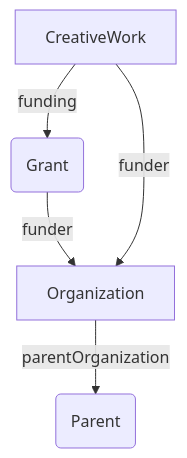
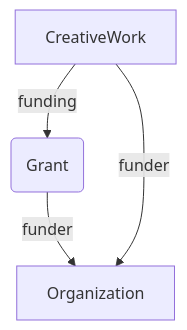
The diagram in README.md (rdmpage/csl-to-rdf), drawn with Mermaid before and after one commit.

Commit message:
Tweak diagram

````diff
--- a/README.md
+++ b/README.md
@@ -46,7 +46,6 @@
 ```mermaid
 graph TD
 CreativeWork -- funding --> wg(Grant)
 wg -- funder --> Organization
 CreativeWork -- funder --> Organization
-Organization -- parentOrganization --> P(Parent)
 ```
````
